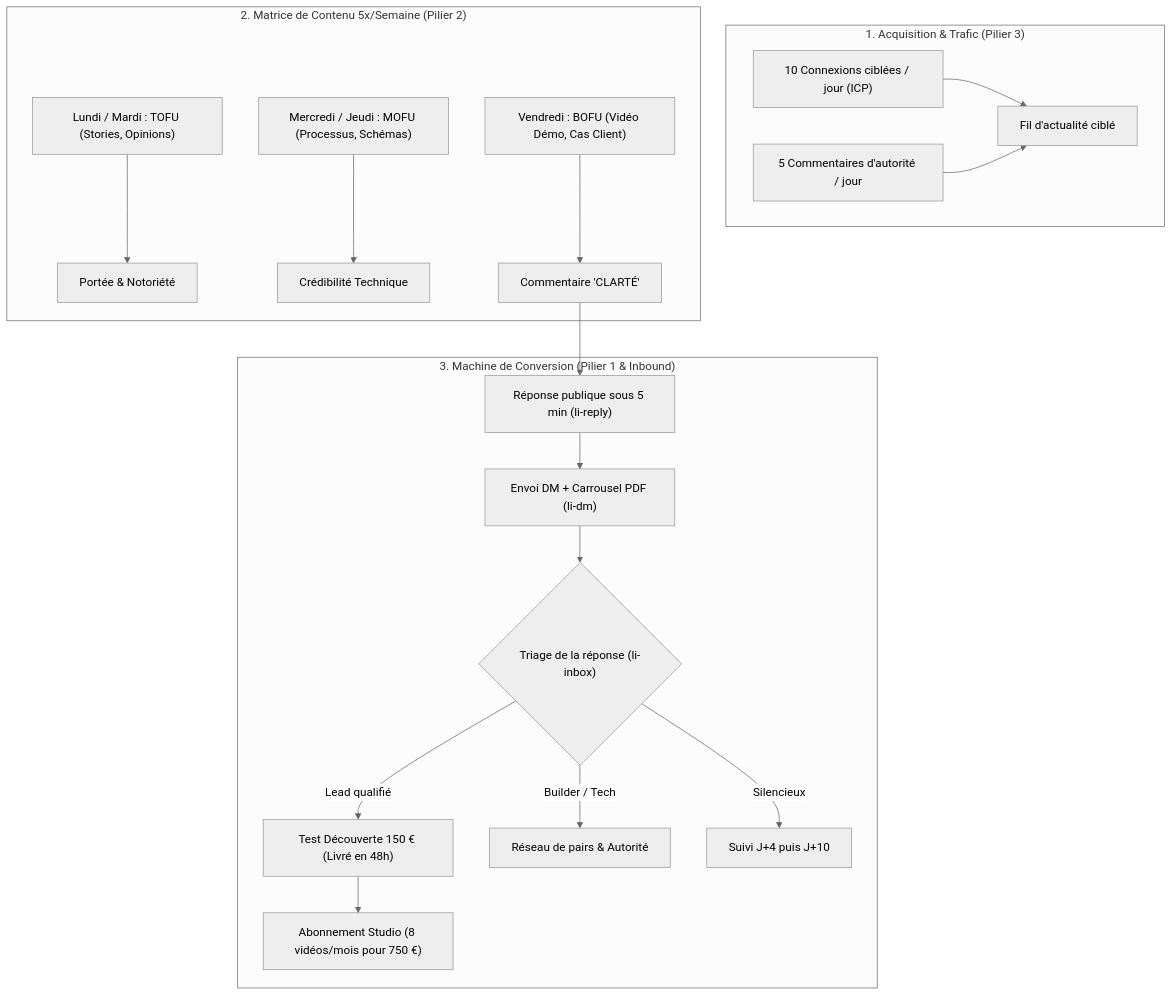
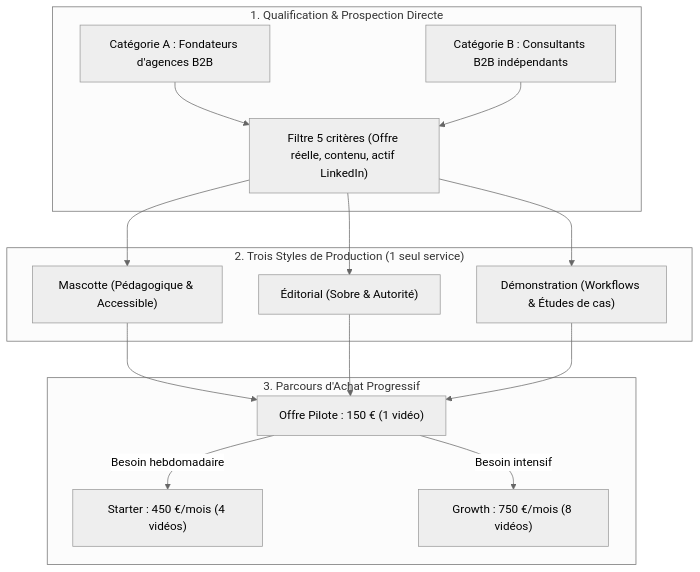
One commit to Kreesten-hsh/video changed the diagram in docs/LINKEDIN_GROWTH_ENGINE.md. Above: the diagram before and after it, drawn with Mermaid (neutral theme). The commit also changed other lines of this file and 46 other files, not shown here.

Commit message:
docs(linkedin): aligner le profil, les docs, les specs et graphify suite a la mise a jour de Profile.pdf

````diff
--- a/docs/LINKEDIN_GROWTH_ENGINE.md
+++ b/docs/LINKEDIN_GROWTH_ENGINE.md
@@ -20,23 +22,19 @@
 ```mermaid
 flowchart TD
-    subgraph Sourcing ["1. Acquisition & Trafic (Pilier 3)"]
-        A["10 Connexions ciblées / jour (ICP)"] --> Feed["Fil d'actualité ciblé"]
-        B["5 Commentaires d'autorité / jour"] --> Feed
+    subgraph Sourcing ["1. Qualification & Prospection Directe"]
+        A["Catégorie A : Fondateurs d'agences B2B"] --> Filtre["Filtre 5 critères (Offre réelle, contenu, actif LinkedIn)"]
+        B["Catégorie B : Consultants B2B indépendants"] --> Filtre
     end
 
-    subgraph Content ["2. Matrice de Contenu 5x/Semaine (Pilier 2)"]
-        C["Lundi / Mardi : TOFU (Stories, Opinions)"] --> Impressions["Portée & Notoriété"]
-        D["Mercredi / Jeudi : MOFU (Processus, Schémas)"] --> Authority["Crédibilité Technique"]
-        E["Vendredi : BOFU (Vidéo Démo, Cas Client)"] --> CTA["Commentaire 'CLARTÉ'"]
+    subgraph Styles ["2. Trois Styles de Production (1 seul service)"]
+        Filtre --> S1["Mascotte (Pédagogique & Accessible)"]
+        Filtre --> S2["Éditorial (Sobre & Autorité)"]
+        Filtre --> S3["Démonstration (Workflows & Études de cas)"]
     end
 
-    subgraph Conversion ["3. Machine de Conversion (Pilier 1 & Inbound)"]
-        CTA --> ReplyPub["Réponse publique sous 5 min (li-reply)"]
-        ReplyPub --> DMLivraison["Envoi DM + Carrousel PDF (li-dm)"]
-        DMLivraison --> Triage{"Triage de la réponse (li-inbox)"}
-        Triage -->|Lead qualifié| Test48h["Test Découverte 150 € (Livré en 48h)"]
-        Triage -->|Builder / Tech| RelationPeer["Réseau de pairs & Autorité"]
-        Triage -->|Silencieux| Relance["Suivi J+4 puis J+10"]
-        Test48h --> Upsell["Abonnement Studio (8 vidéos/mois pour 750 €)"]
+    subgraph Conversion ["3. Parcours d'Achat Progressif"]
+        S1 & S2 & S3 --> Pilote["Offre Pilote : 150 € (1 vidéo)"]
+        Pilote -->|Besoin hebdomadaire| Starter["Starter : 450 €/mois (4 vidéos)"]
+        Pilote -->|Besoin intensif| Growth["Growth : 750 €/mois (8 vidéos)"]
     end
 ```
````
